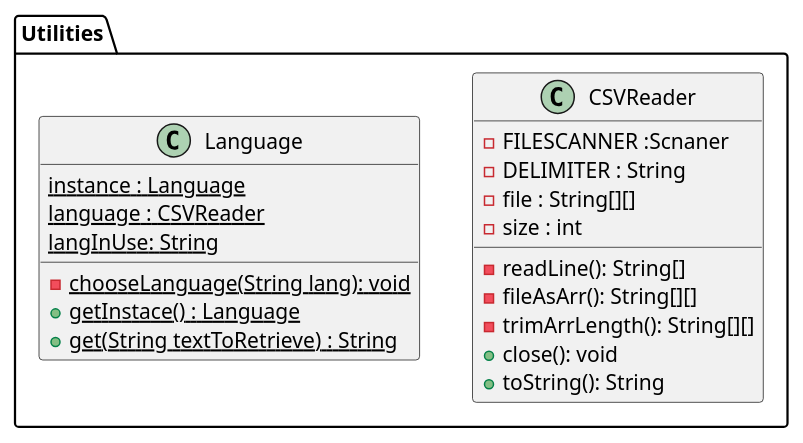
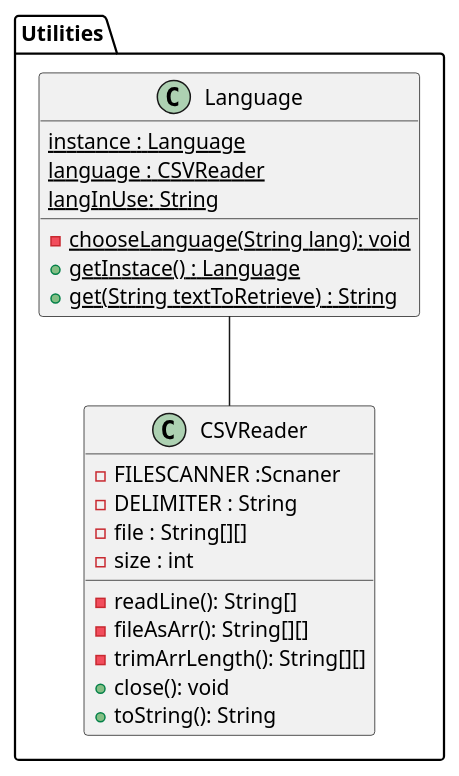
Before and after one commit to Greve2001/CDIO-final: the diagram in diagrams/Utilities_Package_Class_Diagram.puml, drawn with PlantUML.

Commit message:
Made an association from language to CSVReader

```diff
--- a/diagrams/Utilities_Package_Class_Diagram.puml
+++ b/diagrams/Utilities_Package_Class_Diagram.puml
@@ -1,36 +1,38 @@
 @startuml
 'https://plantuml.com/class-diagram
 
 skinparam groupInheritance 2
 
 skinparam linetype polyline
 package Utilities
 {
   class CSVReader{
     -FILESCANNER :Scnaner
     -DELIMITER : String
     -file : String[][]
     -size : int
 
     -readLine(): String[]
     -fileAsArr(): String[][]
     -trimArrLength(): String[][]
     +close(): void
     +toString(): String
   }
   class Language{
      {static} instance : Language
      {static} language : CSVReader
      {static} langInUse: String
 
      {static} -chooseLanguage(String lang): void
      {static} +getInstace() : Language
      {static} +get(String textToRetrieve) : String
 
 
   }
 }
 
+Language -- CSVReader
+
 
 
 @enduml
```
